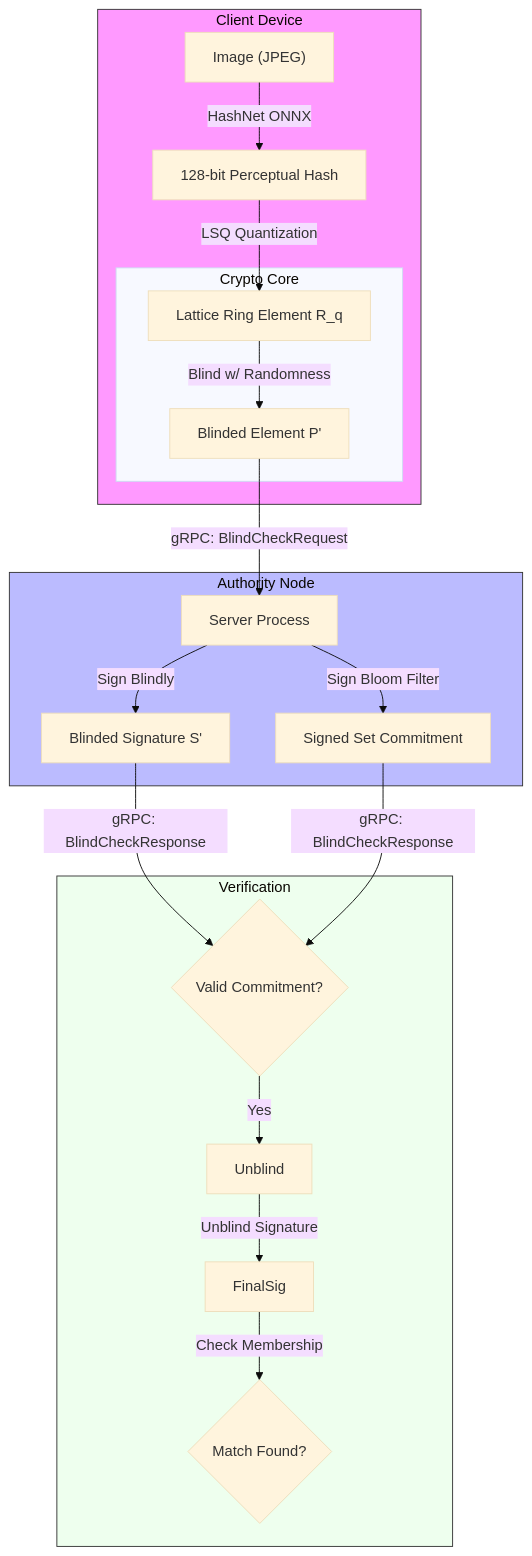
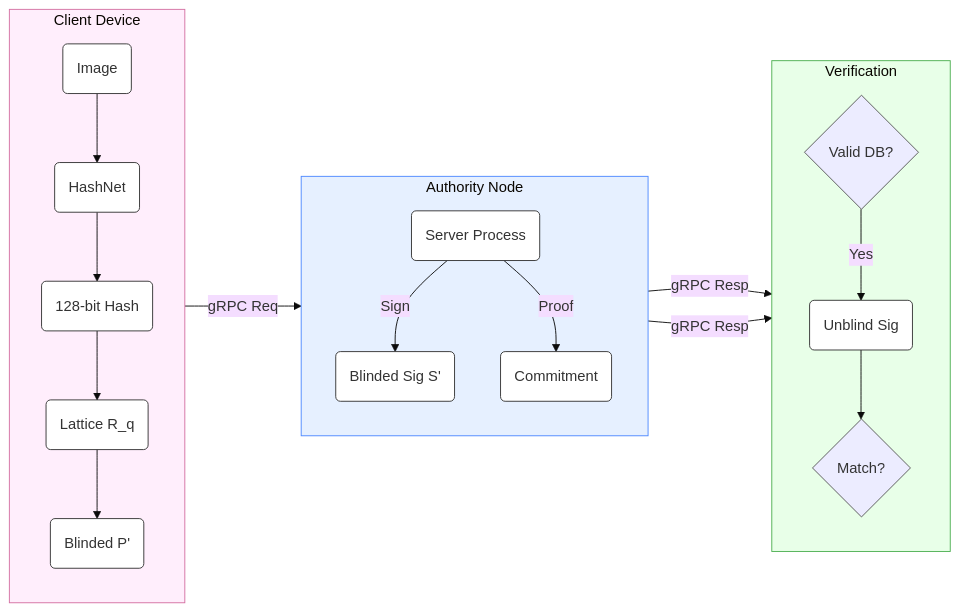
One commit to D13ya/DaZZLeD changed the diagram in README.md. Above: the diagram before and after it, drawn with Mermaid (base theme).

````diff
--- a/README.md
+++ b/README.md
@@ -36,32 +36,37 @@
 ```mermaid
-graph TD
+graph LR
     subgraph Client [Client Device]
-        Img["Image (JPEG)"] -->|HashNet ONNX| Hash["128-bit Perceptual Hash"]
-        Hash -->|LSQ Quantization| Lattice["Lattice Ring Element R_q"]
-        
-        subgraph Crypto Core
-            Lattice -->|Blind w/ Randomness| Blinded["Blinded Element P'"]
-        end
+        direction TB
+        Img(Image) --> Model(HashNet)
+        Model --> Hash(128-bit Hash) --> Lat(Lattice R_q)
+        Lat --> Blind(Blinded P')
     end
 
-    Blinded -->|gRPC: BlindCheckRequest| ServerNode
+    Blind -->|gRPC Req| Srv
+
+    subgraph Server [Authority Node]
+        direction TB
+        Srv(Server Process)
+        Srv -->|Sign| Sig(Blinded Sig S')
+        Srv -->|Proof| Proof(Commitment)
+    end
+
+    Sig & Proof -->|gRPC Resp| Verif
+
+    subgraph Check [Verification]
+        direction TB
+        Verif{Valid DB?}
+        Verif -->|Yes| Unblind(Unblind Sig) --> Match{Match?}
+    end
+
+    %% Styling for a polished look
+    classDef plain fill:#fff,stroke:#333,stroke-width:1px;
+    classDef node fill:#ececff,stroke:#555,stroke-width:1px;
     
-    subgraph Server [Authority Node]
-        ServerNode["Server Process"] -->|Sign Blindly| Signature["Blinded Signature S'"]
-        ServerNode -->|Sign Bloom Filter| Proof["Signed Set Commitment"]
-    end
+    class Img,Model,Hash,Lat,Blind,Srv,Sig,Proof,Unblind plain
+    class Verif,Match node
     
-    Signature -->|gRPC: BlindCheckResponse| ValidDB
-    Proof -->|gRPC: BlindCheckResponse| ValidDB
-    
-    subgraph VerifyGroup [Verification]
-        ValidDB{"Valid Commitment?"}
-        ValidDB -- Yes --> Unblind
-        Unblind -->|Unblind Signature| FinalSig
-        FinalSig -->|Check Membership| Result{"Match Found?"}
-    end
-    
-    style Client fill:#f9f,stroke:#333
-    style Server fill:#bbf,stroke:#333
-    style VerifyGroup fill:#efe,stroke:#333
+    style Client fill:#ffeefc,stroke:#d470a2
+    style Server fill:#e6f0ff,stroke:#4d88ff
+    style Check fill:#e8ffe8,stroke:#4caf50
 ```
````
